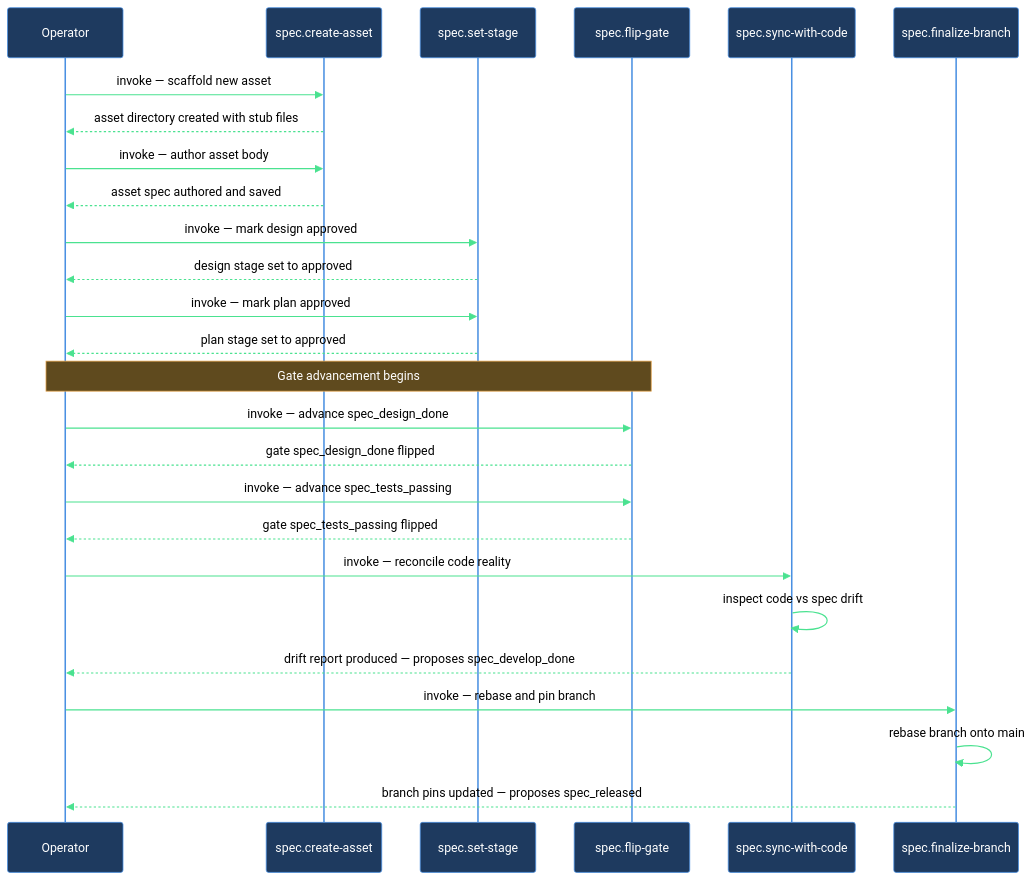
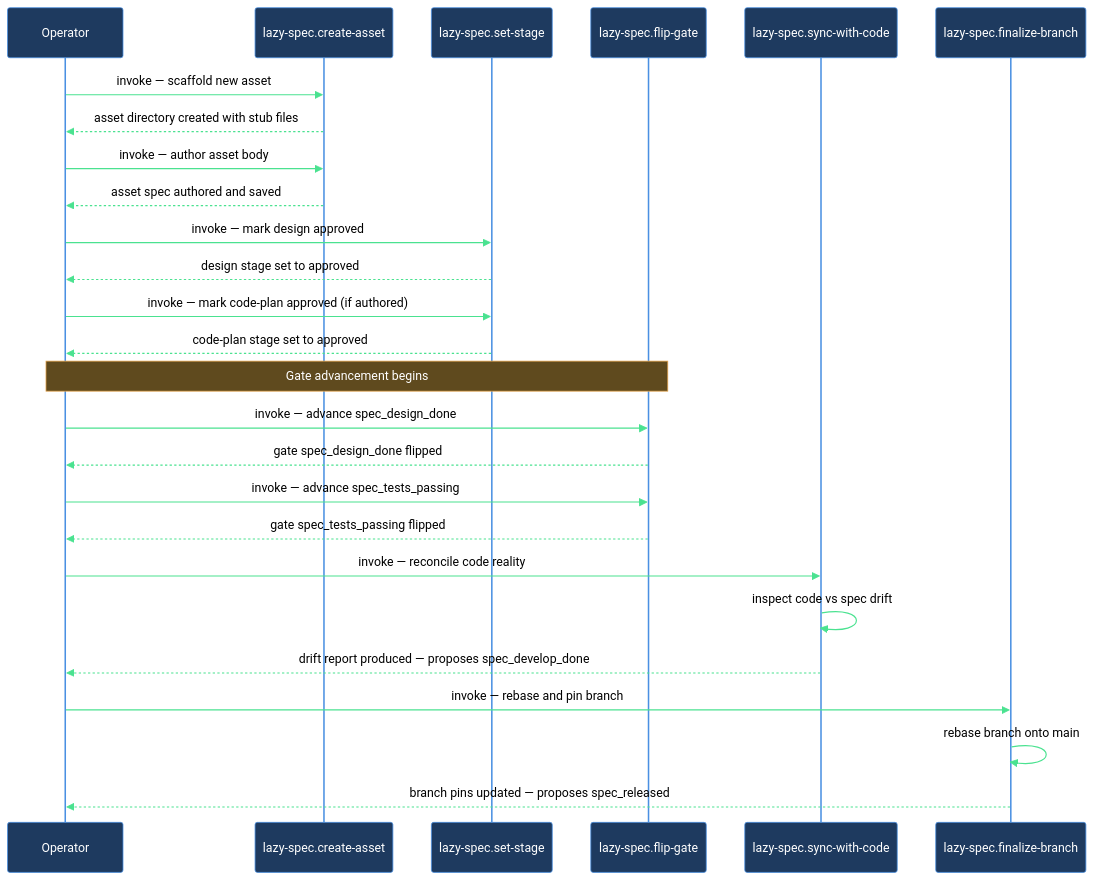
The diagram in claude/lazycortex-specs/help/walkthroughs/asset-to-release.md (mebius-san/lazy-cortex), drawn with Mermaid before and after one commit. The commit also changed other lines of this file and 511 other files, not shown here.

First line of the commit message:
release: core 7.0.0, specs 6.0.0, review 6.1.0, obsidian 3.0.0, wiki 2.0.0, python 4.0.0, experts 1.0.0, diagram 1.1.7, observe 0.8.3

````diff
--- a/claude/lazycortex-specs/help/walkthroughs/asset-to-release.md
+++ b/claude/lazycortex-specs/help/walkthroughs/asset-to-release.md
@@ -139,35 +156,35 @@
 ```mermaid
 %%{init: {'themeVariables':{'background':'transparent','primaryColor':'#1e3a5f','primaryBorderColor':'#4a90e2','primaryTextColor':'#fff','lineColor':'#4ae290','actorBkg':'#1e3a5f','actorBorder':'#4a90e2','actorTextColor':'#fff','actorLineColor':'#4a90e2','signalColor':'#4ae290','signalTextColor':'#000','noteBkgColor':'#5f4a1e','noteBorderColor':'#e2a14a','noteTextColor':'#fff','labelBoxBkgColor':'#5f4a1e','labelBoxBorderColor':'#e2a14a','labelTextColor':'#fff','loopTextColor':'#e2a14a'},'sequence':{'diagramPadding':5,'useMaxWidth':true}}}%%
 sequenceDiagram
   participant operator as Operator
-  participant createAsset as spec.create-asset
-  participant setStage as spec.set-stage
-  participant flipGate as spec.flip-gate
-  participant syncCode as spec.sync-with-code
-  participant finalize as spec.finalize-branch
+  participant createAsset as lazy-spec.create-asset
+  participant setStage as lazy-spec.set-stage
+  participant flipGate as lazy-spec.flip-gate
+  participant syncCode as lazy-spec.sync-with-code
+  participant finalize as lazy-spec.finalize-branch
 
   operator->>createAsset: invoke — scaffold new asset
   createAsset-->>operator: asset directory created with stub files
   operator->>createAsset: invoke — author asset body
   createAsset-->>operator: asset spec authored and saved
 
   operator->>setStage: invoke — mark design approved
   setStage-->>operator: design stage set to approved
-  operator->>setStage: invoke — mark plan approved
-  setStage-->>operator: plan stage set to approved
+  operator->>setStage: invoke — mark code-plan approved (if authored)
+  setStage-->>operator: code-plan stage set to approved
 
   Note over operator,flipGate: Gate advancement begins
 
   operator->>flipGate: invoke — advance spec_design_done
   flipGate-->>operator: gate spec_design_done flipped
   operator->>flipGate: invoke — advance spec_tests_passing
   flipGate-->>operator: gate spec_tests_passing flipped
 
   operator->>syncCode: invoke — reconcile code reality
   syncCode->>syncCode: inspect code vs spec drift
   syncCode-->>operator: drift report produced — proposes spec_develop_done
 
   operator->>finalize: invoke — rebase and pin branch
   finalize->>finalize: rebase branch onto main
   finalize-->>operator: branch pins updated — proposes spec_released
 ```
````
